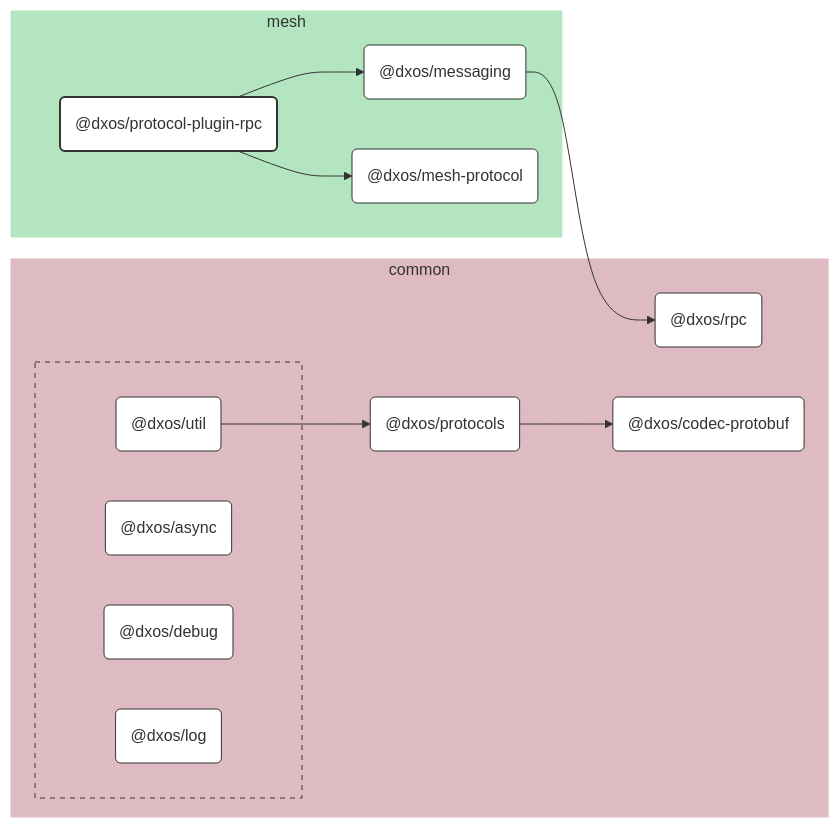
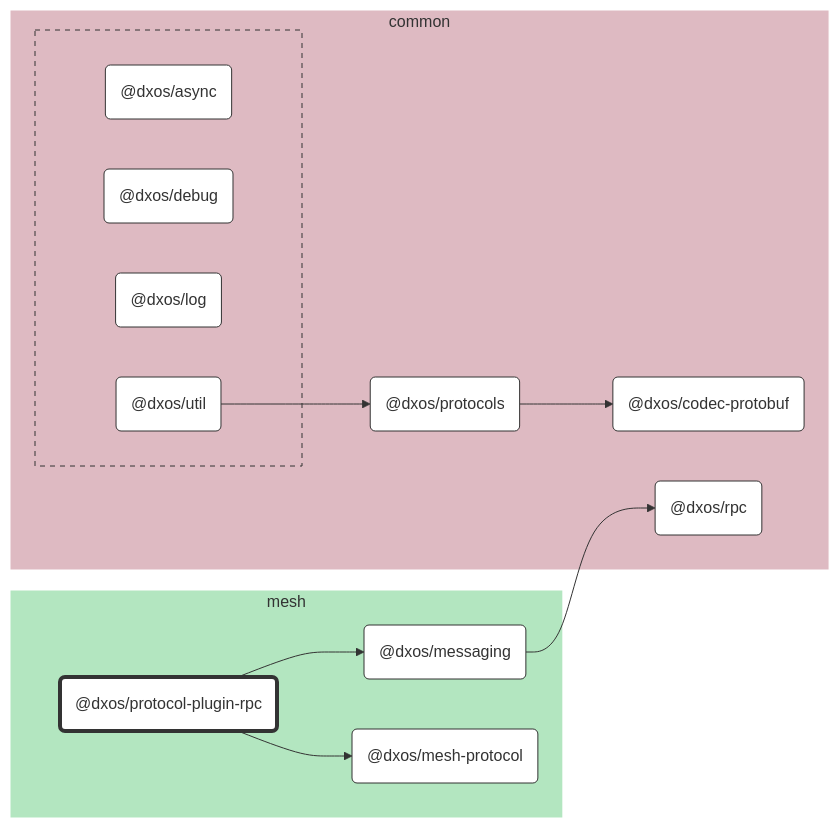
Before and after one commit to dxos/dxos: the diagram in packages/mesh/protocol-plugin-rpc/docs/README.md, drawn with Mermaid. The commit also changed 104 other files, not shown here.

````diff
--- a/packages/mesh/protocol-plugin-rpc/docs/README.md
+++ b/packages/mesh/protocol-plugin-rpc/docs/README.md
@@ -7,67 +7,51 @@
 ```mermaid
 %%{ init: {'flowchart':{'curve':'basis'}} }%%
 
 flowchart LR
 
-%% Links
-dxos/messaging --> dxos/rpc;
-dxos/protocol-plugin-rpc --> dxos/mesh-protocol;
-dxos/protocol-plugin-rpc --> dxos/messaging;
-dxos/protocols --> dxos/codec-protobuf;
-dxos/util --> dxos/protocols;
+%% Classes
+classDef def fill:#fff,stroke:#333,stroke-width:1px
+classDef root fill:#fff,stroke:#333,stroke-width:4px
 
-%% Sections
-subgraph mesh
-  style mesh fill:#b3e6c0,stroke:#fff;
+%% Nodes
 
-  dxos/mesh-protocol("@dxos/mesh-protocol")
-  dxos/messaging("@dxos/messaging")
-  dxos/protocol-plugin-rpc("@dxos/protocol-plugin-rpc")
+subgraph mesh [mesh]
+  style mesh fill:#b3e6c0,stroke:#fff
+  dxos/protocol-plugin-rpc("@dxos/protocol-plugin-rpc"):::root
+  click dxos/protocol-plugin-rpc "dxos/dxos/tree/main/packages/mesh/protocol-plugin-rpc/docs"
+  dxos/messaging("@dxos/messaging"):::def
+  click dxos/messaging "dxos/dxos/tree/main/packages/mesh/messaging/docs"
+  dxos/mesh-protocol("@dxos/mesh-protocol"):::def
+  click dxos/mesh-protocol "dxos/dxos/tree/main/packages/mesh/mesh-protocol/docs"
 end
 
-subgraph common
-  style common fill:#debac2,stroke:#fff;
-
-  dxos/codec-protobuf("@dxos/codec-protobuf")
-  dxos/protocols("@dxos/protocols")
-  dxos/rpc("@dxos/rpc")
+subgraph common [common]
+  style common fill:#debac2,stroke:#fff
+  dxos/codec-protobuf("@dxos/codec-protobuf"):::def
+  click dxos/codec-protobuf "dxos/dxos/tree/main/packages/common/codec-protobuf/docs"
+  dxos/protocols("@dxos/protocols"):::def
+  click dxos/protocols "dxos/dxos/tree/main/packages/common/protocols/docs"
+  dxos/rpc("@dxos/rpc"):::def
+  click dxos/rpc "dxos/dxos/tree/main/packages/common/rpc/docs"
 
   subgraph common-excluded [ ]
-    style common-excluded fill:#debac2,stroke:#333,stroke-dasharray:5 5;
-
-    dxos/async("@dxos/async")
-    dxos/debug("@dxos/debug")
-    dxos/log("@dxos/log")
-    dxos/util("@dxos/util")
+    style common-excluded fill:#debac2,stroke:#333,stroke-dasharray:5 5
+    dxos/async("@dxos/async"):::def
+    click dxos/async "dxos/dxos/tree/main/packages/common/async/docs"
+    dxos/debug("@dxos/debug"):::def
+    click dxos/debug "dxos/dxos/tree/main/packages/common/debug/docs"
+    dxos/log("@dxos/log"):::def
+    click dxos/log "dxos/dxos/tree/main/packages/common/log/docs"
+    dxos/util("@dxos/util"):::def
+    click dxos/util "dxos/dxos/tree/main/packages/common/util/docs"
   end
 end
 
-
-%% Hyperlinks
-click dxos/async "dxos/dxos/tree/main/packages/common/async/docs";
-click dxos/codec-protobuf "dxos/dxos/tree/main/packages/common/codec-protobuf/docs";
-click dxos/debug "dxos/dxos/tree/main/packages/common/debug/docs";
-click dxos/log "dxos/dxos/tree/main/packages/common/log/docs";
-click dxos/mesh-protocol "dxos/dxos/tree/main/packages/mesh/mesh-protocol/docs";
-click dxos/messaging "dxos/dxos/tree/main/packages/mesh/messaging/docs";
-click dxos/protocols "dxos/dxos/tree/main/packages/common/protocols/docs";
-click dxos/rpc "dxos/dxos/tree/main/packages/common/rpc/docs";
-click dxos/util "dxos/dxos/tree/main/packages/common/util/docs";
-
-%% Styles
-classDef rootNode fill:#fff,stroke:#333,stroke-width:2px
-classDef defaultNode fill:#fff,stroke:#333,stroke-width:1px
+%% Links
 linkStyle default stroke:#333,stroke-width:1px
-
-dxos/protocol-plugin-rpc:::rootNode
-
-dxos/async:::defaultNode
-dxos/codec-protobuf:::defaultNode
-dxos/debug:::defaultNode
-dxos/log:::defaultNode
-dxos/mesh-protocol:::defaultNode
-dxos/messaging:::defaultNode
-dxos/protocols:::defaultNode
-dxos/rpc:::defaultNode
-dxos/util:::defaultNode
+dxos/protocol-plugin-rpc --> dxos/messaging
+dxos/protocols --> dxos/codec-protobuf
+dxos/messaging --> dxos/rpc
+dxos/util --> dxos/protocols
+dxos/protocol-plugin-rpc --> dxos/mesh-protocol
 ```
````
